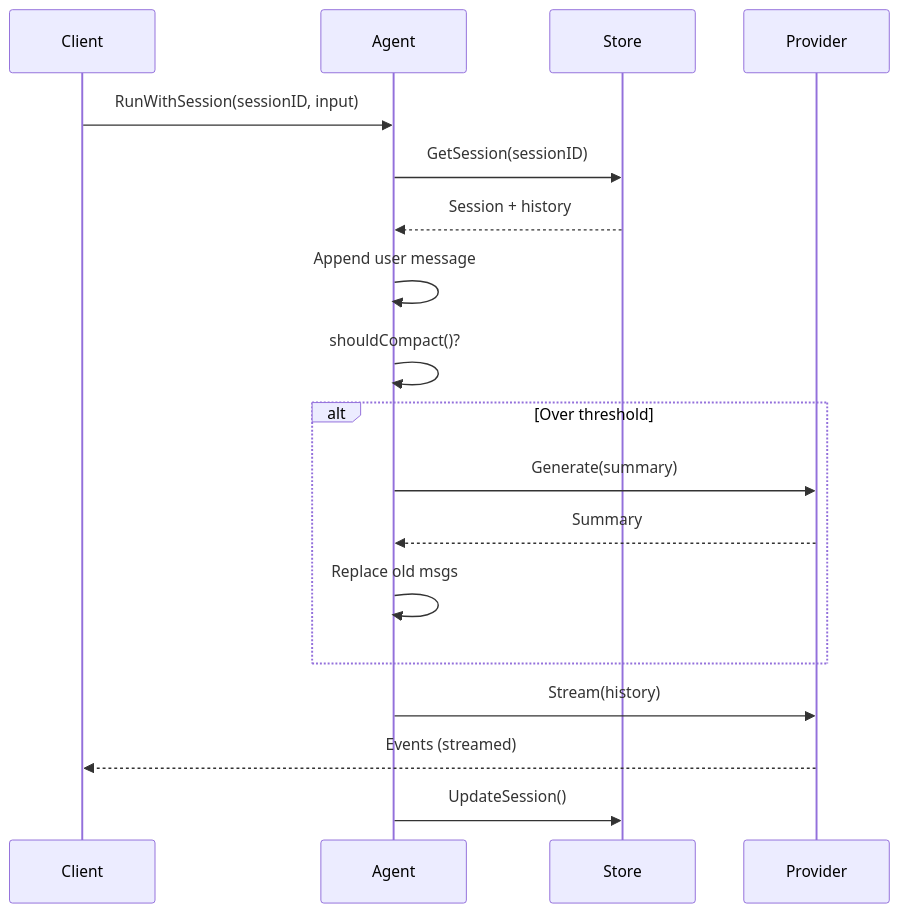
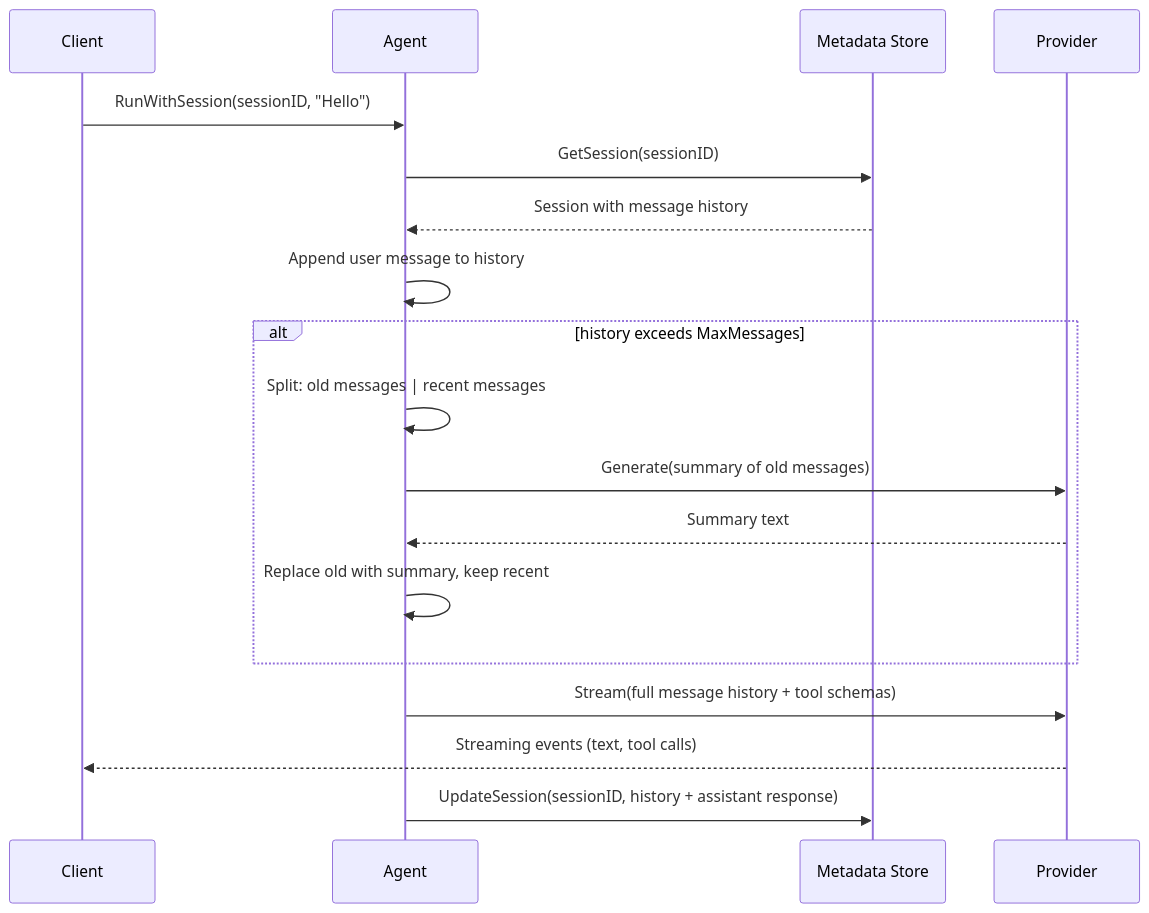
Before and after one commit to ratrektlabs/rakit: the second of 5 diagrams in docs/ARCHITECTURE.md, drawn with Mermaid. The commit also changed other lines of this file, not shown here.

First line of the commit message:
docs: rewrite ARCHITECTURE.md as proper tech design

````diff
--- a/docs/ARCHITECTURE.md
+++ b/docs/ARCHITECTURE.md
@@ -48,21 +70,25 @@
 ```mermaid
 sequenceDiagram
     participant C as Client
     participant A as Agent
-    participant S as Store
+    participant S as Metadata Store
     participant P as Provider
 
-    C->>A: RunWithSession(sessionID, input)
+    C->>A: RunWithSession(sessionID, "Hello")
     A->>S: GetSession(sessionID)
-    S-->>A: Session + history
-    A->>A: Append user message
-    A->>A: shouldCompact()?
-    alt Over threshold
-        A->>P: Generate(summary)
-        P-->>A: Summary
-        A->>A: Replace old msgs
+    S-->>A: Session with message history
+
+    A->>A: Append user message to history
+
+    alt history exceeds MaxMessages
+        A->>A: Split: old messages | recent messages
+        A->>P: Generate(summary of old messages)
+        P-->>A: Summary text
+        A->>A: Replace old with summary, keep recent
     end
-    A->>P: Stream(history)
-    P-->>C: Events (streamed)
-    A->>S: UpdateSession()
+
+    A->>P: Stream(full message history + tool schemas)
+    P-->>C: Streaming events (text, tool calls)
+
+    A->>S: UpdateSession(sessionID, history + assistant response)
 ```
````
